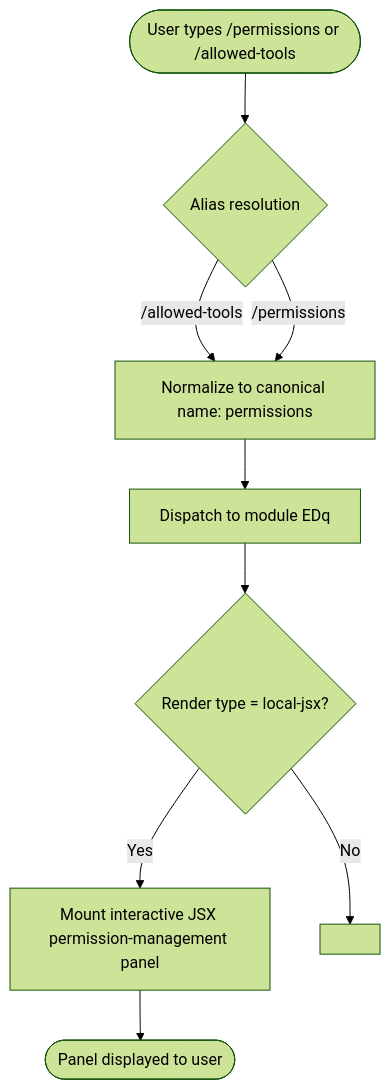
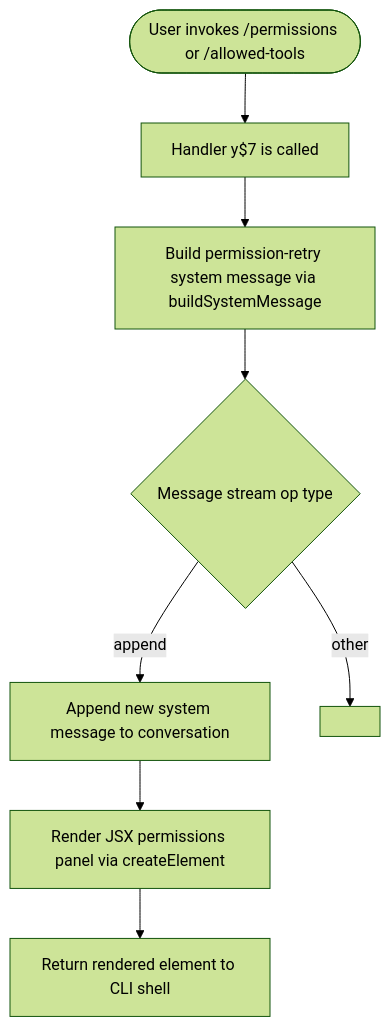
The diagram in versions/v2.1.139/permissions.md (MyLittleLuckyDog/cc-gnothi), drawn with Mermaid (forest theme) before and after one commit. The commit also changed other lines of this file and 97 other files, not shown here.

First line of the commit message:
feat(docs): v2.1.139 97/97 via batch-cached.sh parallel=2 retry

````diff
--- a/versions/v2.1.139/permissions.md
+++ b/versions/v2.1.139/permissions.md
@@ -46,11 +56,10 @@
 ```mermaid
 flowchart TD
-    A([User types /permissions or /allowed-tools]) --> B{Alias resolution}
-    B -- "/allowed-tools" --> C[Normalize to canonical name: permissions]
-    B -- "/permissions" --> C
-    C --> D[Dispatch to module EDq]
-    D --> E{Render type = local-jsx?}
-    E -- Yes --> F[Mount interactive JSX permission-management panel]
-    E -- No --> G[<!-- TODO: fallback path not found in depth-2 traversal; needs --depth 4 -->]
-    F --> H([Panel displayed to user])
+    A([User invokes /permissions or /allowed-tools]) --> B[Handler y$7 is called]
+    B --> C[Build permission-retry system message via buildSystemMessage]
+    C --> D{Message stream op type}
+    D -->|"append"| E[Append new system message to conversation]
+    D -->|other| F[<!-- TODO: not found in depth-2 traversal; needs --depth 4 -->]
+    E --> G[Render JSX permissions panel via createElement]
+    G --> H[Return rendered element to CLI shell]
 ```
````
